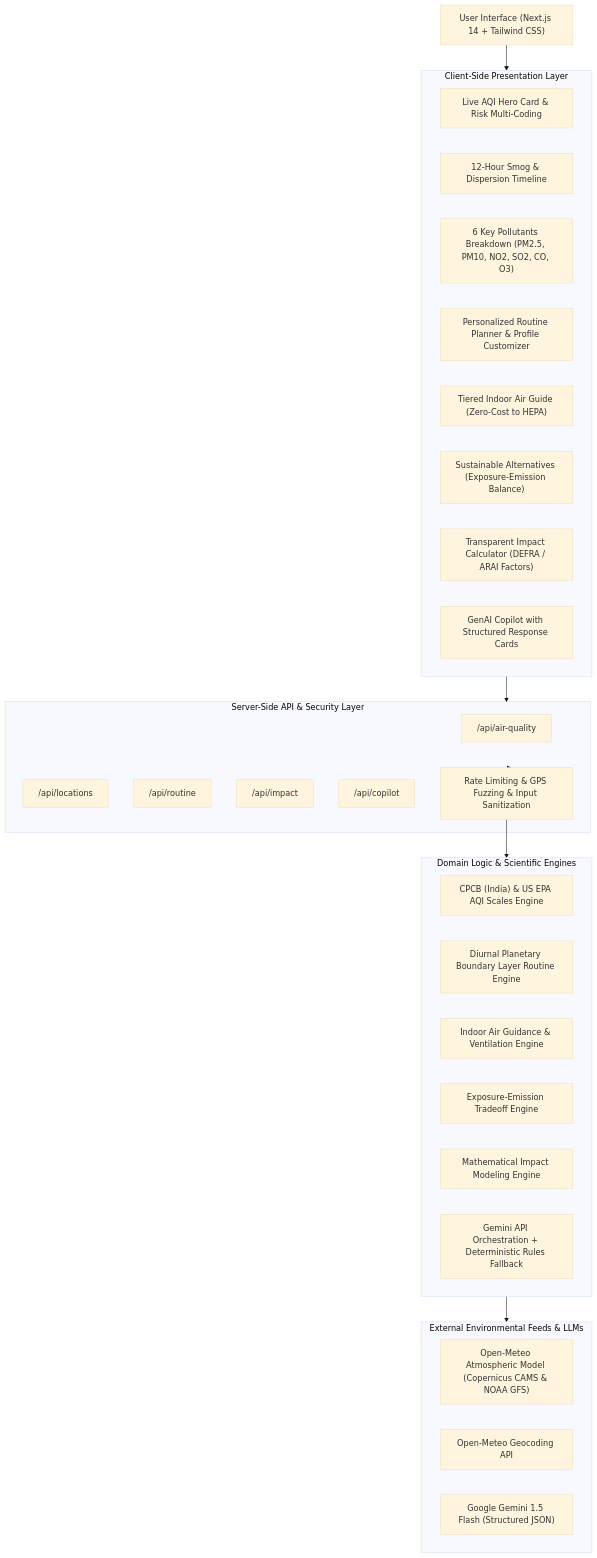
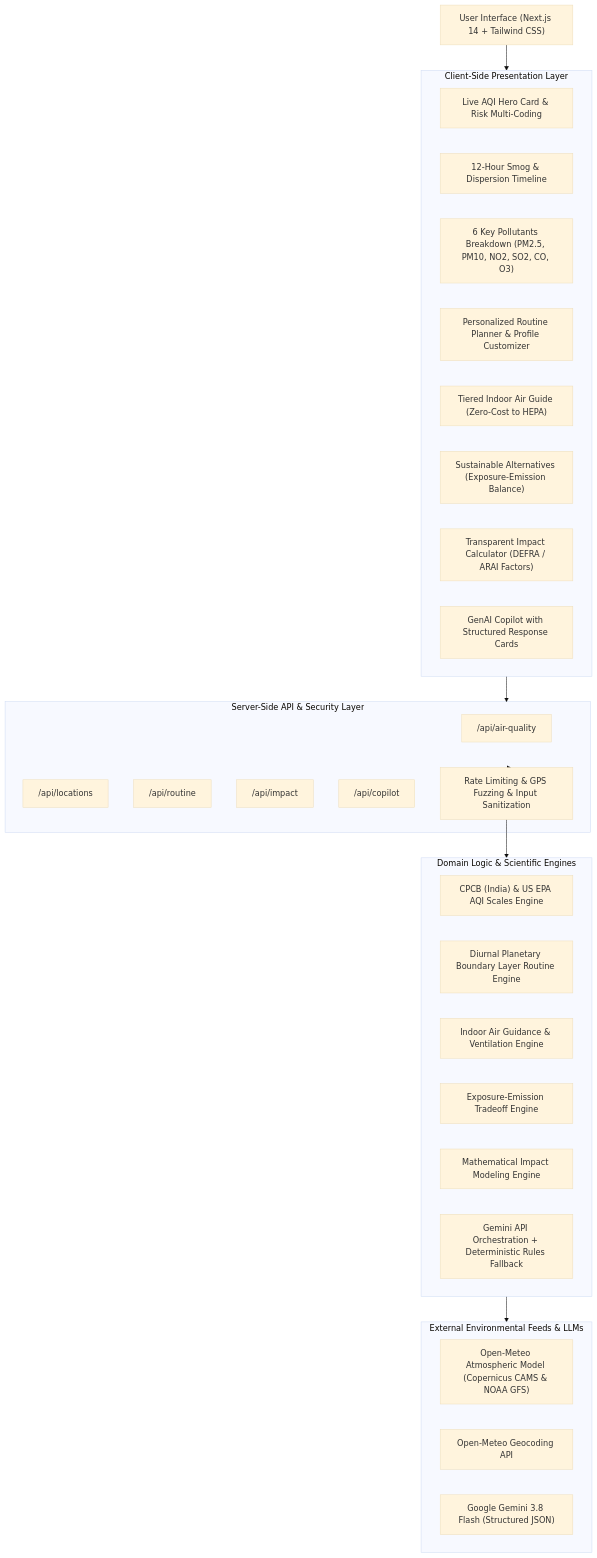
The diagram in README.md (Thirumal143200/airwise), drawn with Mermaid (base theme) before and after one commit. The commit also changed other lines of this file and 7 other files, not shown here.

Commit message:
fix(gemini): migrate copilot model to gemini-3.8-flash with safe 404 fallback

````diff
--- a/README.md
+++ b/README.md
@@ -29,45 +29,45 @@
 ```mermaid
 flowchart TD
     User["User Interface (Next.js 14 + Tailwind CSS)"]
     
     subgraph Client["Client-Side Presentation Layer"]
         Hero["Live AQI Hero Card & Risk Multi-Coding"]
         Timeline["12-Hour Smog & Dispersion Timeline"]
         Pollutants["6 Key Pollutants Breakdown (PM2.5, PM10, NO2, SO2, CO, O3)"]
         RoutineUI["Personalized Routine Planner & Profile Customizer"]
         IndoorUI["Tiered Indoor Air Guide (Zero-Cost to HEPA)"]
         AltUI["Sustainable Alternatives (Exposure-Emission Balance)"]
         CalcUI["Transparent Impact Calculator (DEFRA / ARAI Factors)"]
         CopilotUI["GenAI Copilot with Structured Response Cards"]
     end
 
     subgraph Server["Server-Side API & Security Layer"]
         APIAir["/api/air-quality"]
         APILoc["/api/locations"]
         APIRoutine["/api/routine"]
         APIImpact["/api/impact"]
         APICopilot["/api/copilot"]
         Security["Rate Limiting & GPS Fuzzing & Input Sanitization"]
     end
 
     subgraph DomainEngines["Domain Logic & Scientific Engines"]
         AQIScale["CPCB (India) & US EPA AQI Scales Engine"]
         RoutineEng["Diurnal Planetary Boundary Layer Routine Engine"]
         IndoorEng["Indoor Air Guidance & Ventilation Engine"]
         AltEng["Exposure-Emission Tradeoff Engine"]
         CalcEng["Mathematical Impact Modeling Engine"]
         GeminiEng["Gemini API Orchestration + Deterministic Rules Fallback"]
     end
 
     subgraph DataFeeds["External Environmental Feeds & LLMs"]
         OpenMeteo["Open-Meteo Atmospheric Model (Copernicus CAMS & NOAA GFS)"]
         Geocoding["Open-Meteo Geocoding API"]
-        Gemini["Google Gemini 1.5 Flash (Structured JSON)"]
+        Gemini["Google Gemini 3.8 Flash (Structured JSON)"]
     end
 
     User --> Client
     Client --> Server
     Server --> Security
     Security --> DomainEngines
     DomainEngines --> DataFeeds
 ```
````
